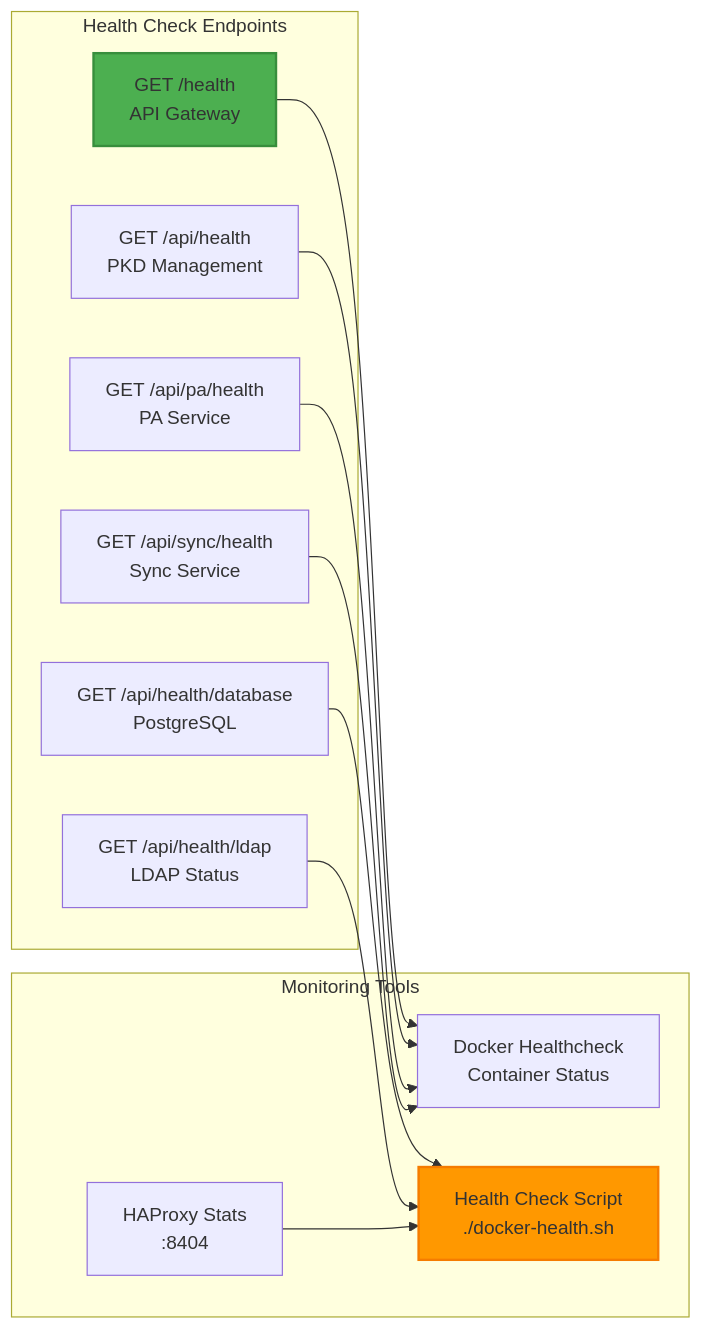
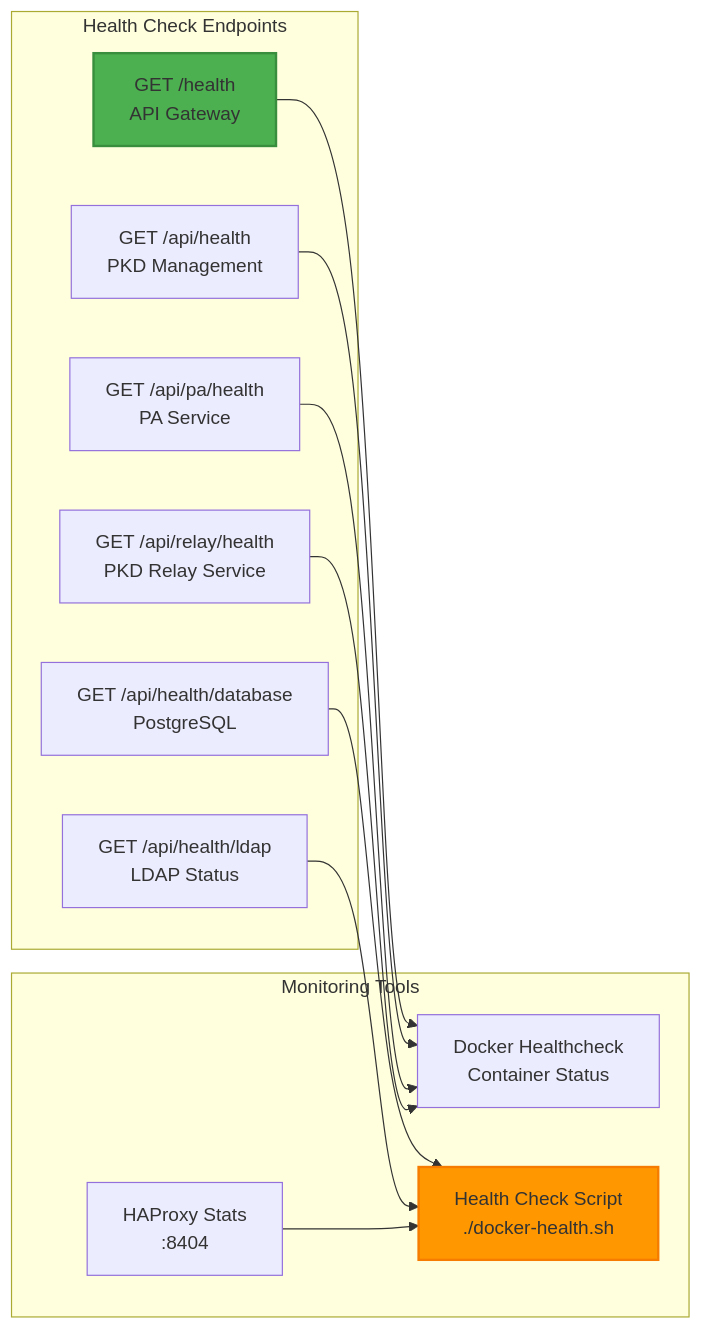
One commit to iland112/icao-local-pkd-cpp changed diagram 16 of 16 in docs/SOFTWARE_ARCHITECTURE.md. Above: the diagram before and after it, drawn with Mermaid. The commit also changed other lines of this file and 1 other file, not shown here.

First line of the commit message:
docs: Update SOFTWARE_ARCHITECTURE.md to v2.0.0 - Reflect PKD Relay Service separation

````diff
--- a/docs/SOFTWARE_ARCHITECTURE.md
+++ b/docs/SOFTWARE_ARCHITECTURE.md
@@ -1165,29 +1258,29 @@
 ```mermaid
 graph LR
     subgraph "Health Check Endpoints"
         GW[GET /health<br/>API Gateway]
         PKD_H[GET /api/health<br/>PKD Management]
         PA_H[GET /api/pa/health<br/>PA Service]
-        Sync_H[GET /api/sync/health<br/>Sync Service]
+        Relay_H[GET /api/relay/health<br/>PKD Relay Service]
         DB_H[GET /api/health/database<br/>PostgreSQL]
         LDAP_H[GET /api/health/ldap<br/>LDAP Status]
     end
 
     subgraph "Monitoring Tools"
         Docker[Docker Healthcheck<br/>Container Status]
         Script[Health Check Script<br/>./docker-health.sh]
         HAStats[HAProxy Stats<br/>:8404]
     end
 
     GW --> Docker
     PKD_H --> Docker
     PA_H --> Docker
-    Sync_H --> Docker
+    Relay_H --> Docker
 
     DB_H --> Script
     LDAP_H --> Script
     HAStats --> Script
 
     style GW fill:#4CAF50,stroke:#388E3C,stroke-width:2px
     style Script fill:#FF9800,stroke:#F57C00,stroke-width:2px
 ```
````
